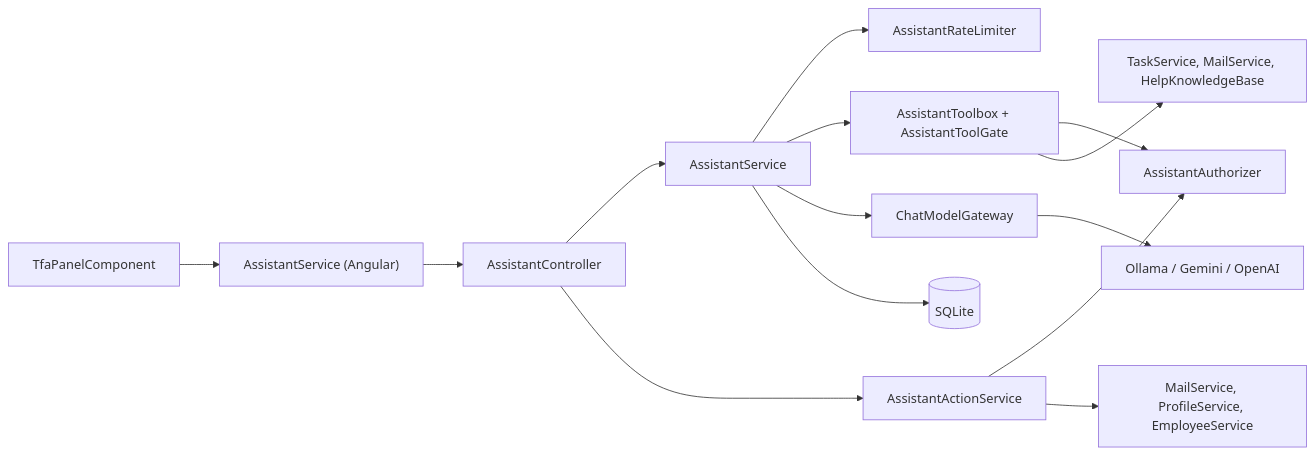
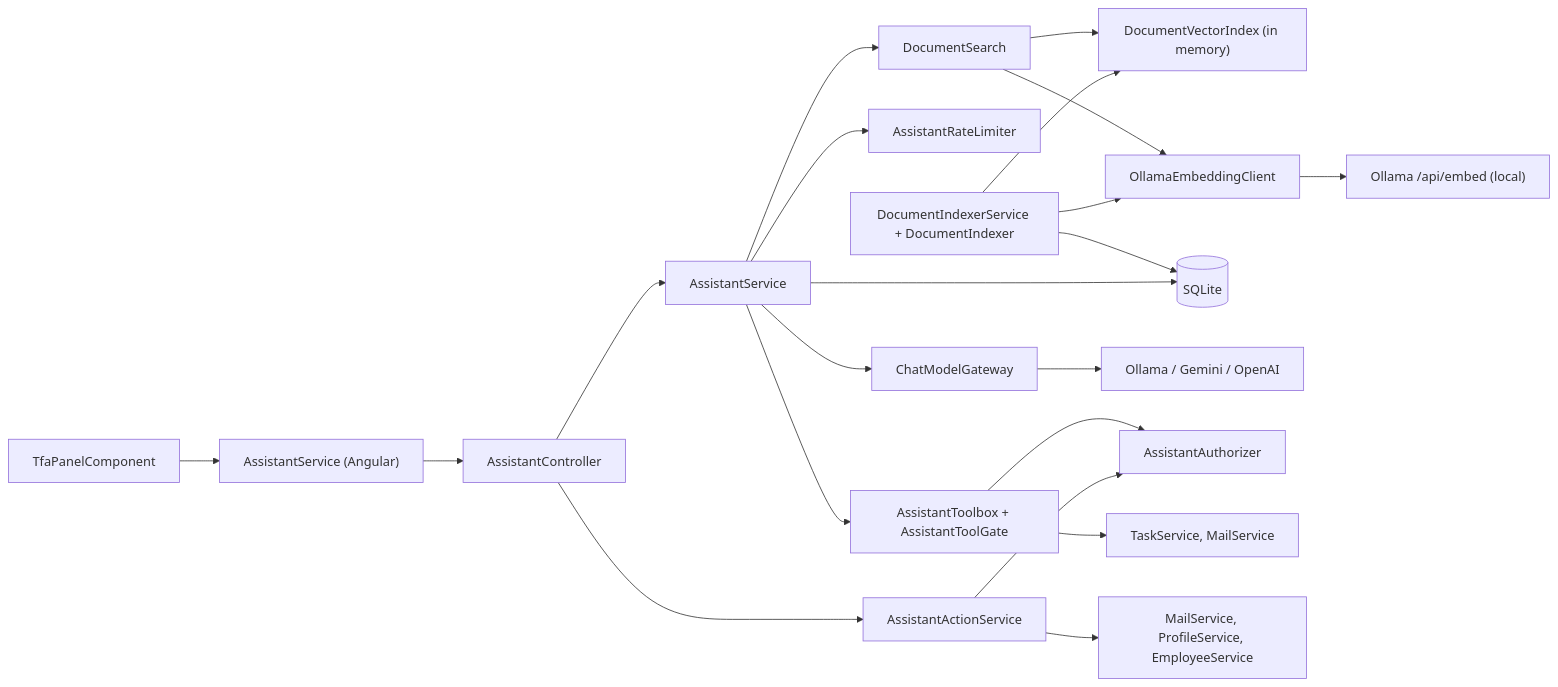
Before and after one commit to jojogeorge3344/TaskFlow-Project: diagram 12 of 16 in TF - Documents/TF - TDD/TDD-TaskFlow.md, drawn with Mermaid. The commit also changed other lines of this file and 123 other files, not shown here.

````diff
--- a/TF - Documents/TF - TDD/TDD-TaskFlow.md
+++ b/TF - Documents/TF - TDD/TDD-TaskFlow.md
@@ -2532,16 +2576,23 @@
 ```mermaid
 flowchart LR
   UI["TfaPanelComponent"] --> FS["AssistantService (Angular)"]
   FS --> CTRL["AssistantController"]
   CTRL --> CHAT["AssistantService"]
   CTRL --> ACT["AssistantActionService"]
   CHAT --> RL["AssistantRateLimiter"]
+  CHAT --> DS["DocumentSearch"]
+  DS --> VI["DocumentVectorIndex (in memory)"]
+  DS --> EM["OllamaEmbeddingClient"]
+  EM --> OL["Ollama /api/embed (local)"]
+  IX["DocumentIndexerService + DocumentIndexer"] --> EM
+  IX --> VI
+  IX --> DB
   CHAT --> TB["AssistantToolbox + AssistantToolGate"]
   CHAT --> GW["ChatModelGateway"]
   GW --> PR["Ollama / Gemini / OpenAI"]
   TB --> AZ["AssistantAuthorizer"]
-  TB --> OS["TaskService, MailService, HelpKnowledgeBase"]
+  TB --> OS["TaskService, MailService"]
   ACT --> AZ
   ACT --> EX["MailService, ProfileService, EmployeeService"]
   CHAT --> DB[("SQLite")]
 ```
````
